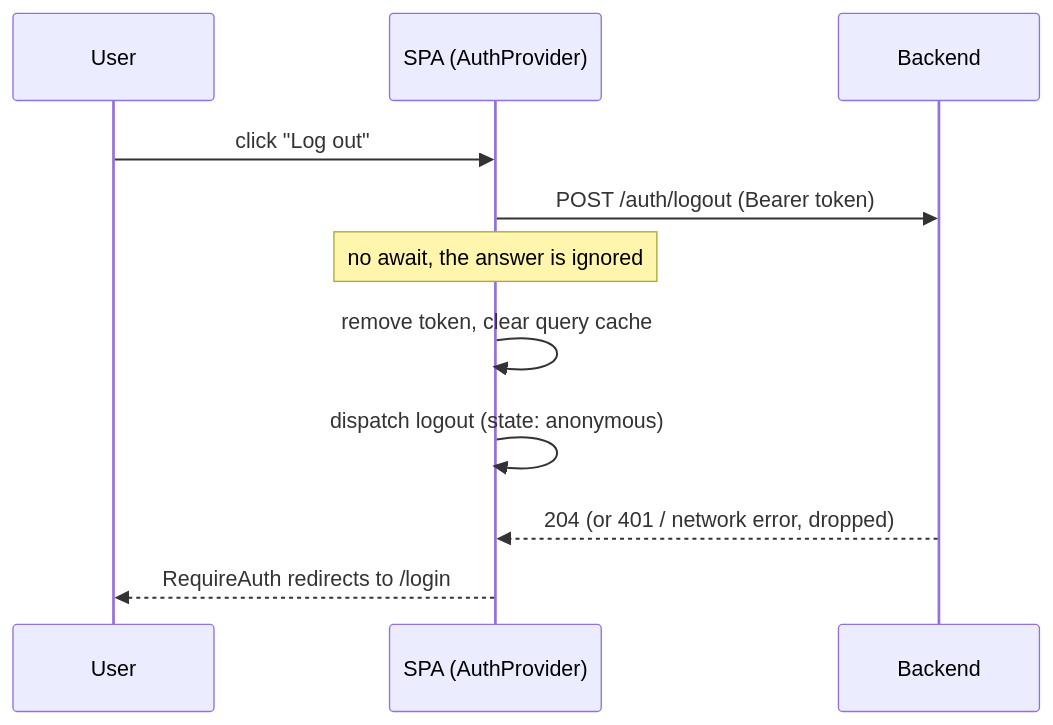
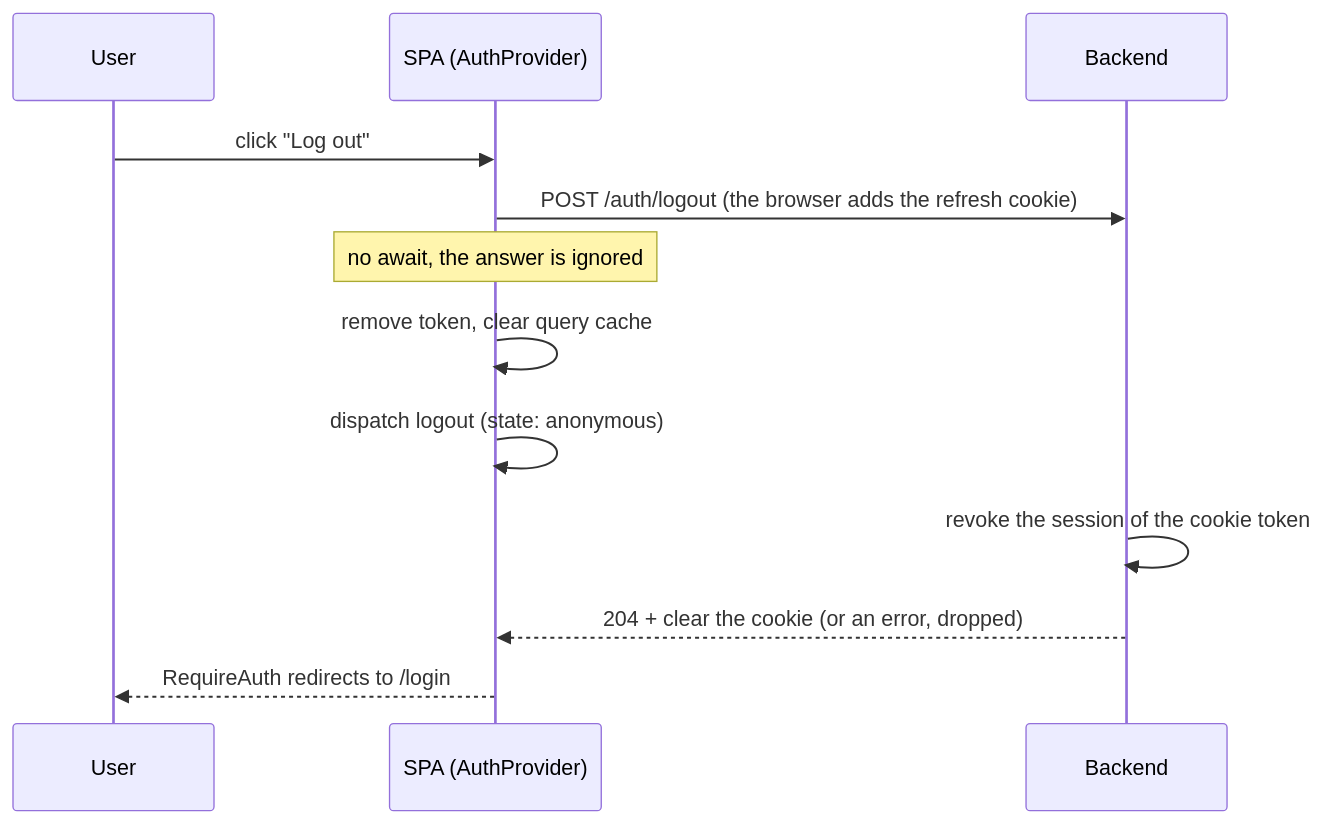
Before and after one commit to kidp8479/42_hypertube: the eighth of 8 diagrams in docs/diagrams/auth.md, drawn with Mermaid. The commit also changed other lines of this file and 12 other files, not shown here.

First line of the commit message:
docs(HYP-77): ADR-0011, the refresh and logout flows, and what they change elsewhere

````diff
--- a/docs/diagrams/auth.md
+++ b/docs/diagrams/auth.md
@@ -180,13 +203,14 @@
 ```mermaid
 sequenceDiagram
     participant U as User
     participant S as SPA (AuthProvider)
     participant A as Backend
     U->>S: click "Log out"
-    S->>A: POST /auth/logout (Bearer token)
+    S->>A: POST /auth/logout (the browser adds the refresh cookie)
     Note over S: no await, the answer is ignored
     S->>S: remove token, clear query cache
     S->>S: dispatch logout (state: anonymous)
-    A-->>S: 204 (or 401 / network error, dropped)
+    A->>A: revoke the session of the cookie token
+    A-->>S: 204 + clear the cookie (or an error, dropped)
     S-->>U: RequireAuth redirects to /login
 ```
````
